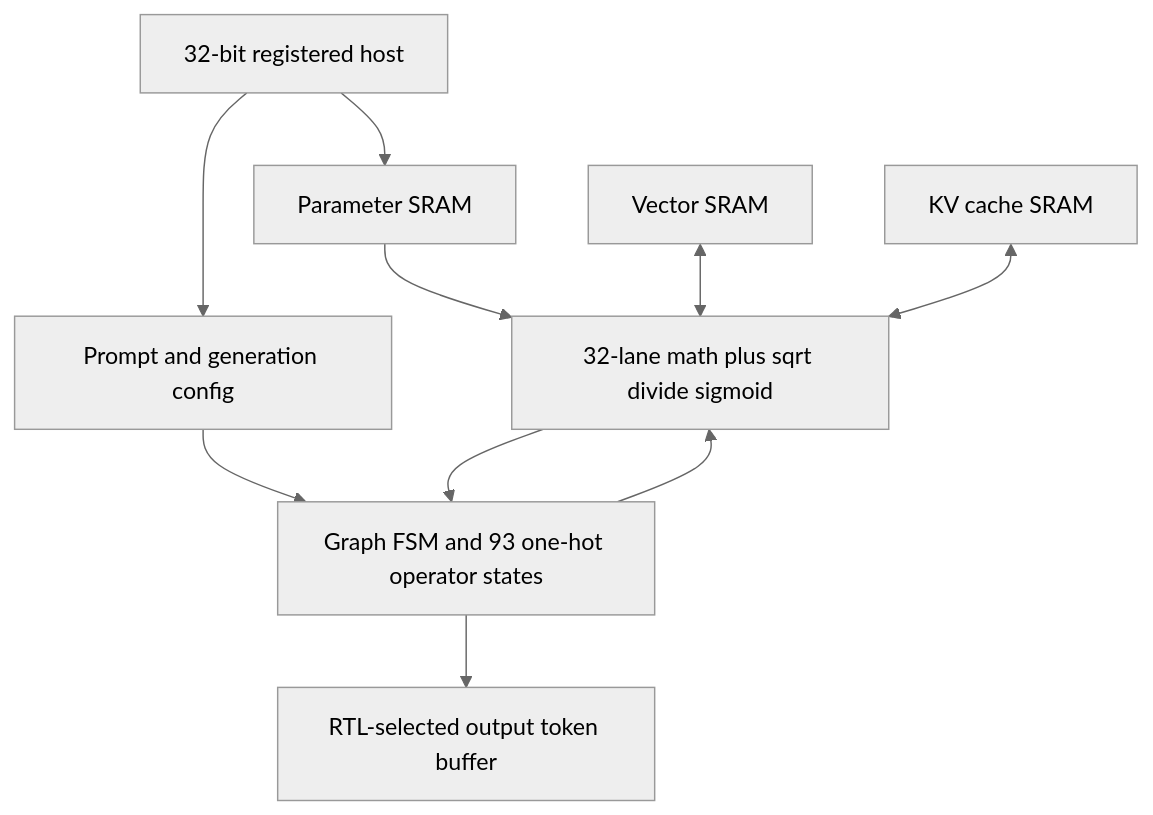
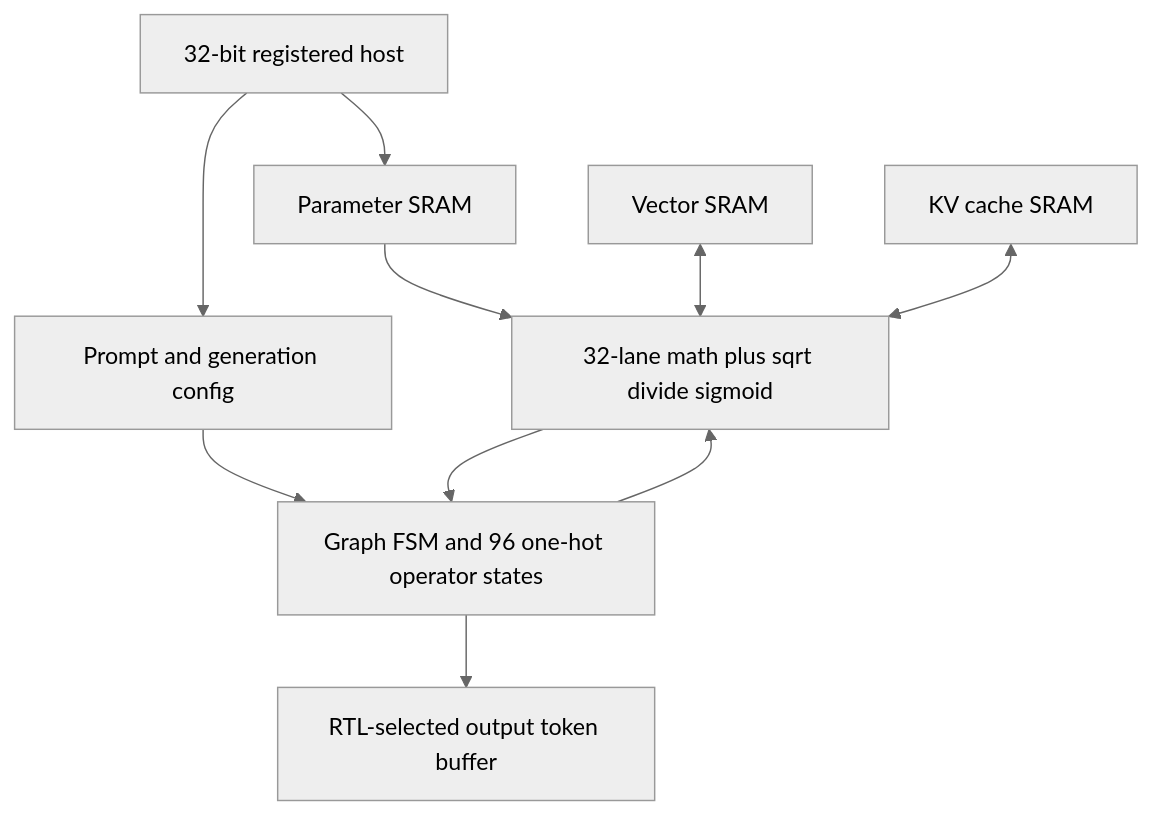
Before and after one commit to nguyennhutkhanhtom/NPU: the diagram in docs/source_guide/blocks/llm_soc.sv.md, drawn with Mermaid (neutral theme). The commit also changed other lines of this file and 441 other files, not shown here.

````diff
--- a/docs/source_guide/blocks/llm_soc.sv.md
+++ b/docs/source_guide/blocks/llm_soc.sv.md
@@ -13,12 +13,12 @@
 ```mermaid
 flowchart TB
     HOST[32-bit registered host] --> PARAM[Parameter SRAM]
     HOST --> TOKENS[Prompt and generation config]
-    TOKENS --> GRAPH[Graph FSM and 93 one-hot operator states]
+    TOKENS --> GRAPH[Graph FSM and 96 one-hot operator states]
     GRAPH --> SIMD[32-lane math plus sqrt divide sigmoid]
     PARAM --> SIMD
     VECTOR[Vector SRAM] <--> SIMD
     KV[KV cache SRAM] <--> SIMD
     SIMD --> GRAPH
     GRAPH --> OUTPUT[RTL-selected output token buffer]
 ```
````
